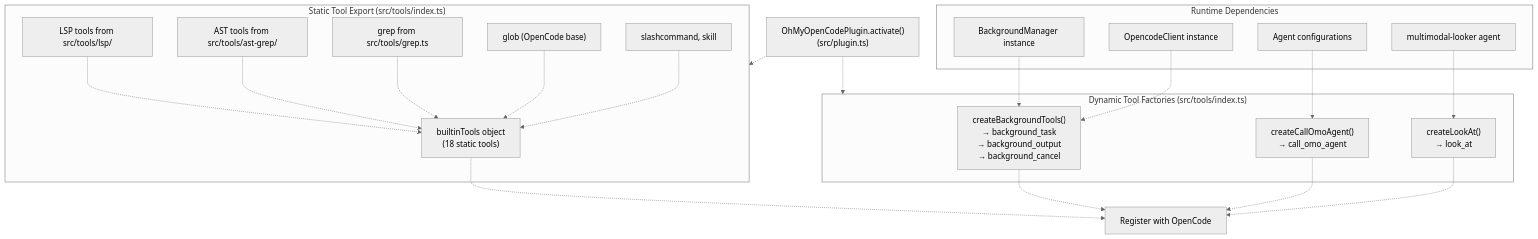
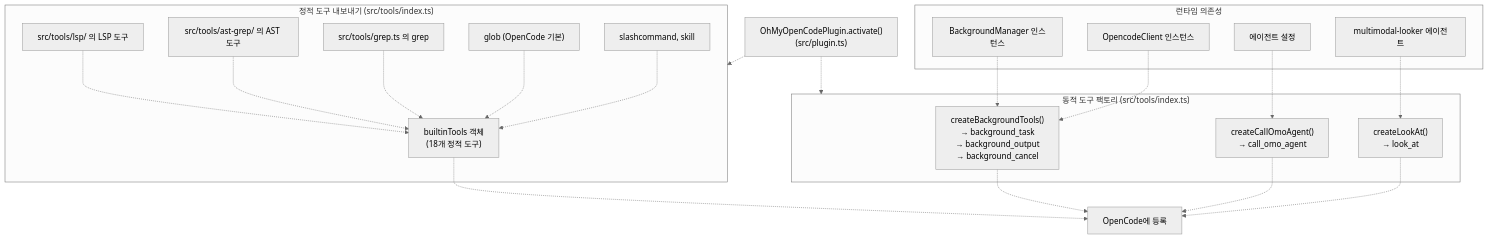
One commit to felipetruman/oh-my-opencode-docs changed the third of 7 diagrams in docs/tools/tool-system.md. Above: the diagram before and after it, drawn with Mermaid (neutral theme). The commit also changed other lines of this file and 76 other files, not shown here.

````diff
--- a/docs/tools/tool-system.md
+++ b/docs/tools/tool-system.md
@@ -225,57 +211,57 @@
 ```mermaid
 flowchart TD
 
 PluginInit["OhMyOpenCodePlugin.activate()<br>(src/plugin.ts)"]
-builtinTools["builtinTools object<br>(18 static tools)"]
-LSPTools["LSP tools from src/tools/lsp/"]
-ASTTools["AST tools from src/tools/ast-grep/"]
-GrepTool["grep from src/tools/grep.ts"]
-GlobTool["glob (OpenCode base)"]
+builtinTools["builtinTools 객체<br>(18개 정적 도구)"]
+LSPTools["src/tools/lsp/ 의 LSP 도구"]
+ASTTools["src/tools/ast-grep/ 의 AST 도구"]
+GrepTool["src/tools/grep.ts 의 grep"]
+GlobTool["glob (OpenCode 기본)"]
 ClaudeTools["slashcommand, skill"]
 createBgTools["createBackgroundTools()<br>→ background_task<br>→ background_output<br>→ background_cancel"]
 createAgent["createCallOmoAgent()<br>→ call_omo_agent"]
 createLook["createLookAt()<br>→ look_at"]
-BgManager["BackgroundManager instance"]
-OcClient["OpencodeClient instance"]
-AgentConfig["Agent configurations"]
-MultimodalAgent["multimodal-looker agent"]
-RegisterTools["Register with OpenCode"]
+BgManager["BackgroundManager 인스턴스"]
+OcClient["OpencodeClient 인스턴스"]
+AgentConfig["에이전트 설정"]
+MultimodalAgent["multimodal-looker 에이전트"]
+RegisterTools["OpenCode에 등록"]
 
 BgManager -.-> createBgTools
 OcClient -.-> createBgTools
 AgentConfig -.-> createAgent
 MultimodalAgent -.-> createLook
 builtinTools -.-> RegisterTools
 createBgTools -.-> RegisterTools
 createAgent -.-> RegisterTools
 createLook -.-> RegisterTools
 PluginInit -.-> StaticExport
 PluginInit -.-> DynamicFactories
 
-subgraph Runtime ["Runtime Dependencies"]
+subgraph Runtime ["런타임 의존성"]
     BgManager
     OcClient
     AgentConfig
     MultimodalAgent
 end
 
-subgraph DynamicFactories ["Dynamic Tool Factories (src/tools/index.ts)"]
+subgraph DynamicFactories ["동적 도구 팩토리 (src/tools/index.ts)"]
     createBgTools
     createAgent
     createLook
 end
 
-subgraph StaticExport ["Static Tool Export (src/tools/index.ts)"]
+subgraph StaticExport ["정적 도구 내보내기 (src/tools/index.ts)"]
     builtinTools
     LSPTools
     ASTTools
     GrepTool
     GlobTool
     ClaudeTools
     LSPTools -.-> builtinTools
     ASTTools -.-> builtinTools
     GrepTool -.-> builtinTools
     GlobTool -.-> builtinTools
     ClaudeTools -.-> builtinTools
 end
 ```
````
